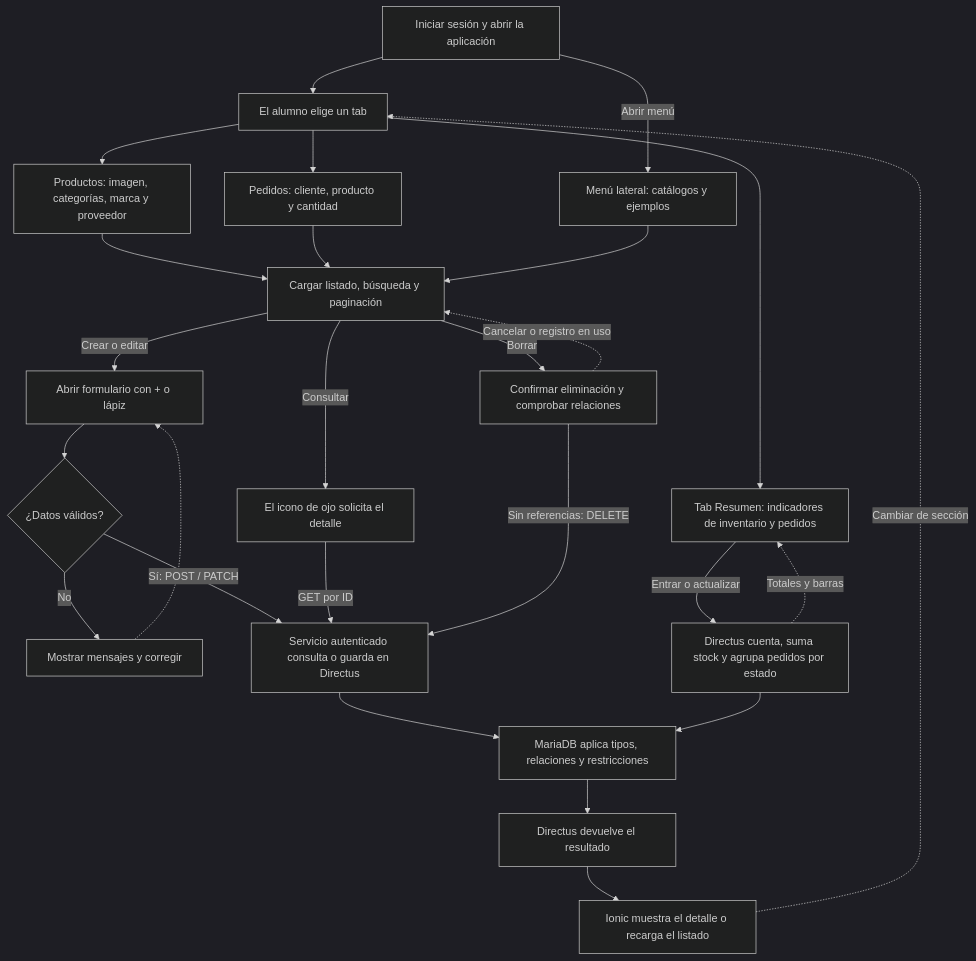
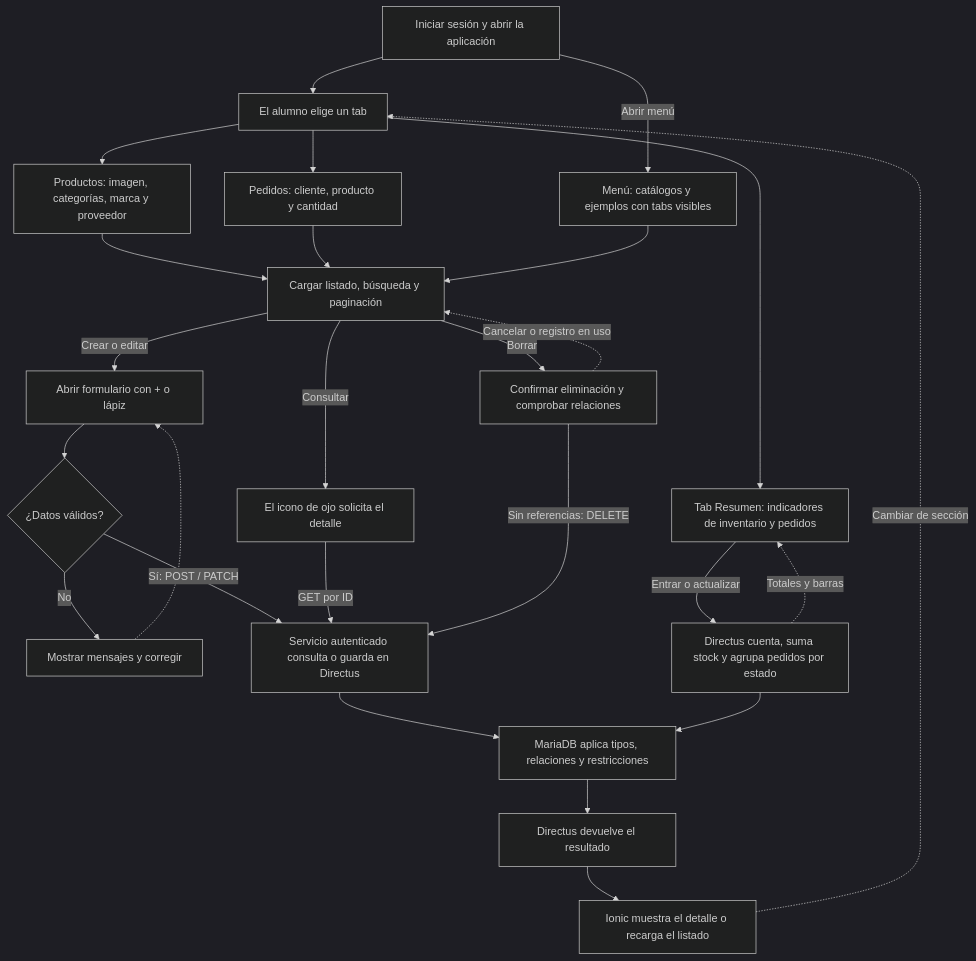
Before and after one commit to JonathanDeLaCruz/docker_moviles: the diagram in docs/manuales/recursos/flujos/18-tabs.mmd, drawn with Mermaid (dark theme). The commit also changed 21 other files, not shown here.

Commit message:
Mantiene tabs visibles en todos los catálogos y actualiza evidencias

```diff
--- a/docs/manuales/recursos/flujos/18-tabs.mmd
+++ b/docs/manuales/recursos/flujos/18-tabs.mmd
@@ -1,43 +1,43 @@
 flowchart TD
   entrar["Iniciar sesión y abrir la aplicación"]
   tabs["El alumno elige un tab"]
   productos["Productos: imagen, categorías, marca y proveedor"]
   pedidos["Pedidos: cliente, producto y cantidad"]
-  catalogos["Menú lateral: catálogos y ejemplos"]
+  catalogos["Menú: catálogos y ejemplos con tabs visibles"]
   lista["Cargar listado, búsqueda y paginación"]
   form["Abrir formulario con + o lápiz"]
   detalle["El icono de ojo solicita el detalle"]
   eliminar["Confirmar eliminación y comprobar relaciones"]
   valido{"¿Datos válidos?"}
   corregir["Mostrar mensajes y corregir"]
   api["Servicio autenticado consulta o guarda en Directus"]
   db["MariaDB aplica tipos, relaciones y restricciones"]
   respuesta["Directus devuelve el resultado"]
   mostrar["Ionic muestra el detalle o recarga el listado"]
   resumen["Tab Resumen: indicadores de inventario y pedidos"]
   agregados["Directus cuenta, suma stock y agrupa pedidos por estado"]
   entrar --> tabs
   tabs --> productos
   tabs --> pedidos
   productos --> lista
   pedidos --> lista
   catalogos --> lista
   lista -->|"Crear o editar"| form
   lista -->|"Consultar"| detalle
   lista -->|"Borrar"| eliminar
   form --> valido
   valido -->|"No"| corregir
   corregir -.-> form
   valido -->|"Sí: POST / PATCH"| api
   detalle -->|"GET por ID"| api
   api --> db
   db --> respuesta
   respuesta --> mostrar
   mostrar -.->|"Cambiar de sección"| tabs
   eliminar -->|"Sin referencias: DELETE"| api
   eliminar -.->|"Cancelar o registro en uso"| lista
   entrar -->|"Abrir menú"| catalogos
   tabs --> resumen
   resumen -->|"Entrar o actualizar"| agregados
   agregados --> db
   agregados -.->|"Totales y barras"| resumen
```
